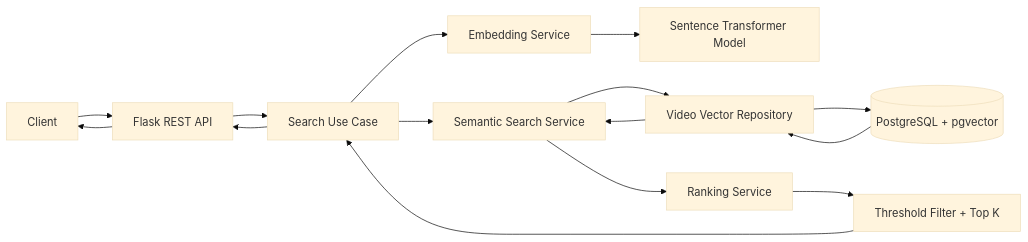
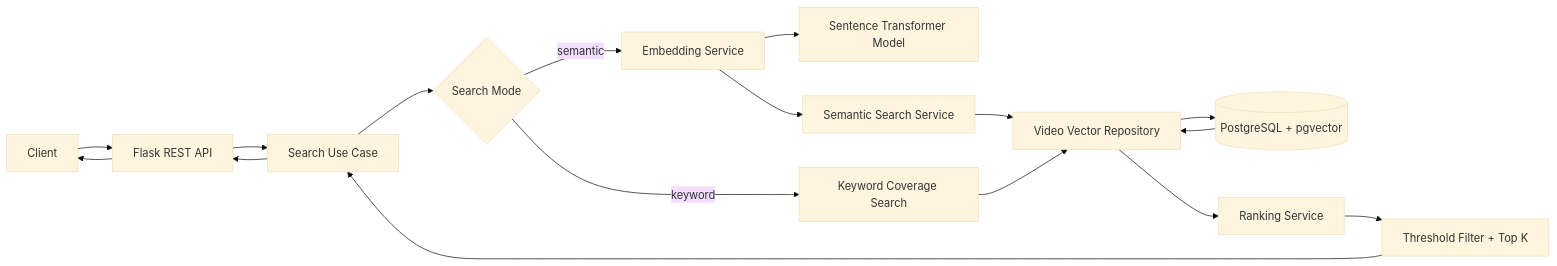
Before and after one commit to congnguyen1124/smart-seach: the diagram in architecture.md, drawn with Mermaid (base theme). The commit also changed other lines of this file and 38 other files, not shown here.

Commit message:
feat: add scored keyword search web app

````diff
--- a/architecture.md
+++ b/architecture.md
@@ -56,22 +56,25 @@
 ```mermaid
 flowchart LR
     C[Client] --> API[Flask REST API]
 
     API --> UC[Search Use Case]
 
-    UC --> EMB[Embedding Service]
+    UC --> MODE{Search Mode}
+
+    MODE -->|semantic| EMB[Embedding Service]
     EMB --> MODEL[Sentence Transformer Model]
+    EMB --> SEARCH[Semantic Search Service]
 
-    UC --> SEARCH[Semantic Search Service]
+    MODE -->|keyword| KEYWORD[Keyword Coverage Search]
     SEARCH --> REPO[Video Vector Repository]
+    KEYWORD --> REPO
     REPO --> PG[(PostgreSQL + pgvector)]
 
     PG --> REPO
-    REPO --> SEARCH
-    SEARCH --> RANK[Ranking Service]
+    REPO --> RANK[Ranking Service]
 
     RANK --> FILTER[Threshold Filter + Top K]
     FILTER --> UC
     UC --> API
     API --> C
 ```
````
